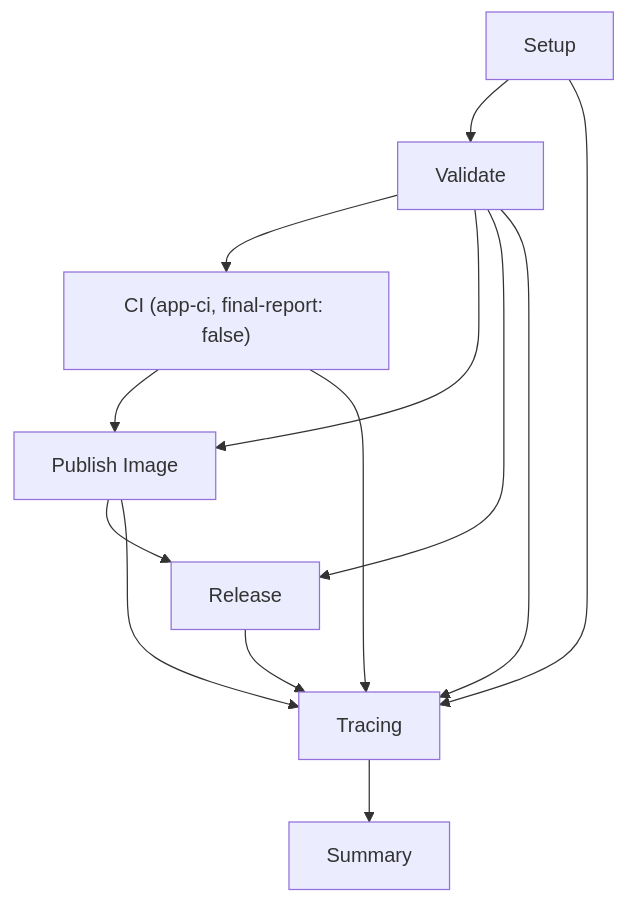
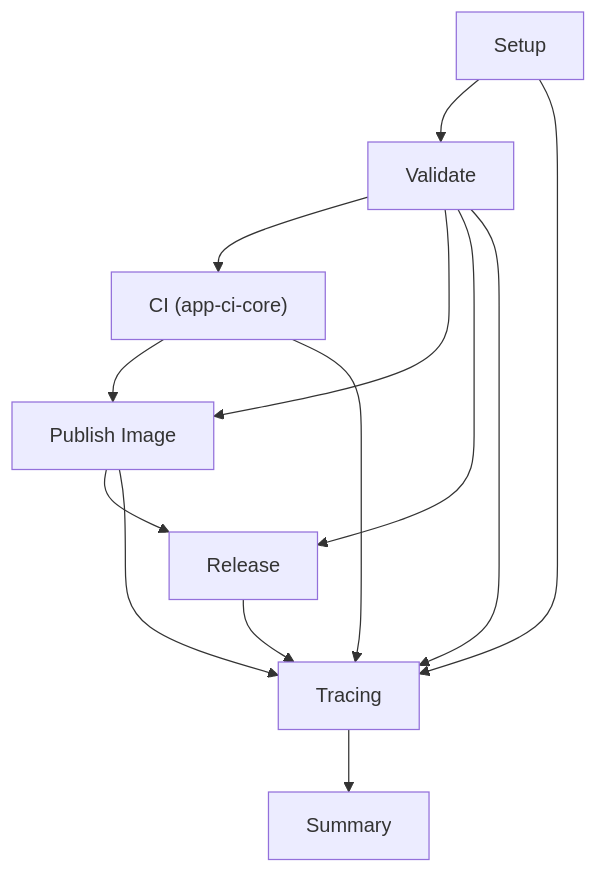
Before and after one commit to progmise/reusable-workflows: the fourth of 11 diagrams in docs/flows.md, drawn with Mermaid. The commit also changed other lines of this file and 9 other files, not shown here.

````diff
--- a/docs/flows.md
+++ b/docs/flows.md
@@ -111,15 +112,15 @@
 ```mermaid
 flowchart TD
     S[Setup] --> V[Validate]
-    V --> CI["CI (app-ci, final-report: false)"]
+    V --> CI["CI (app-ci-core)"]
     V --> P[Publish Image]
     CI --> P
     P --> R[Release]
     V --> R
     R --> T[Tracing]
     S --> T
     V --> T
     CI --> T
     P --> T
     T --> SUM[Summary]
 ```
````
